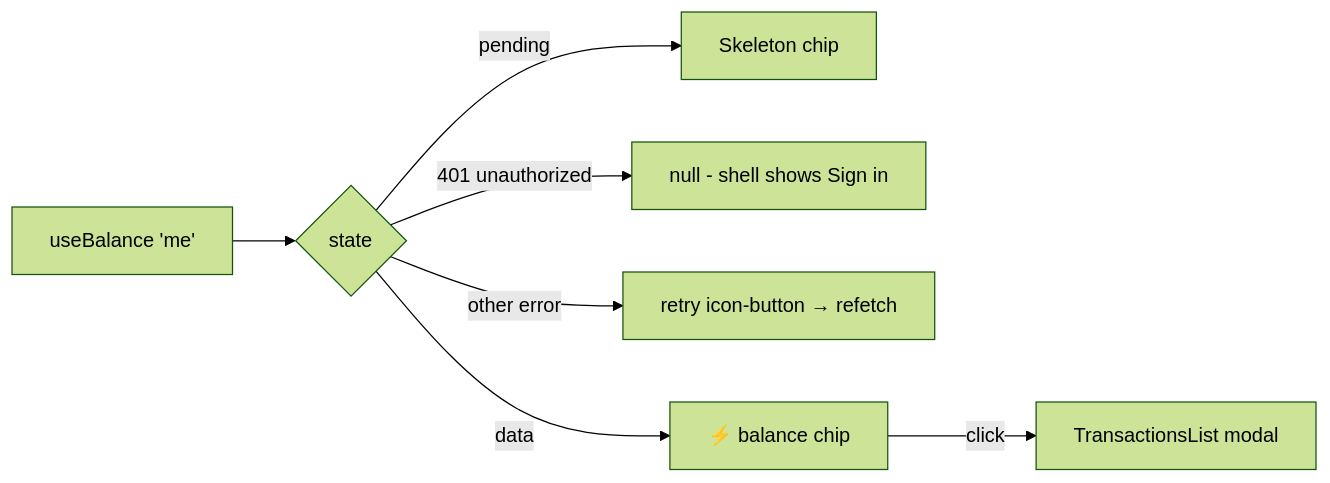
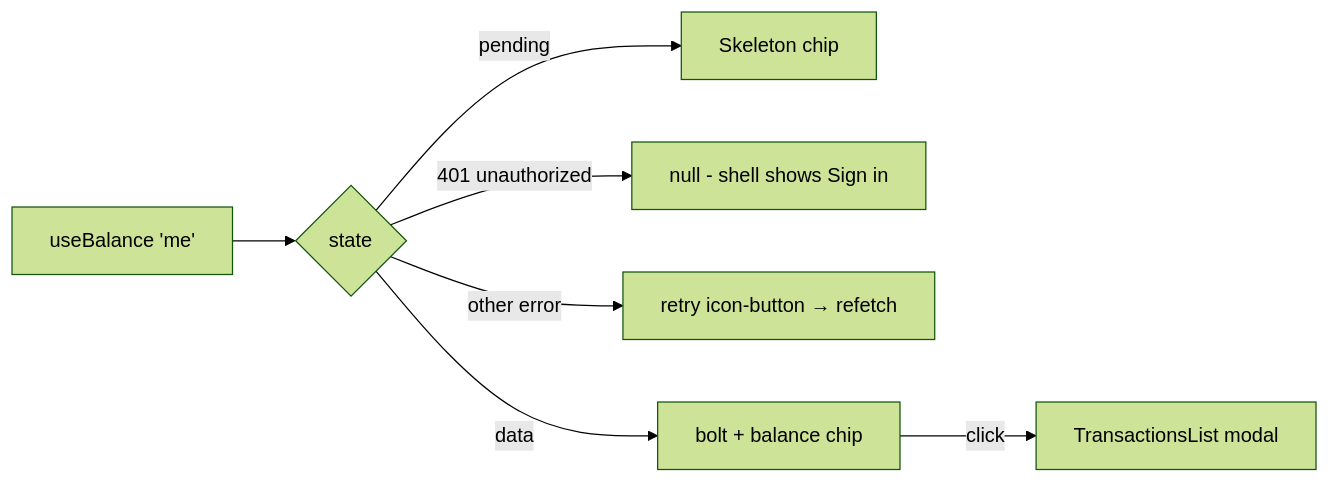
The diagram in apps/web/src/modules/Credits/components/BalanceChip.tsx.md (AzamatRaimbekov2/openCreate), drawn with Mermaid (forest theme) before and after one commit. The commit also changed other lines of this file and 3 other files, not shown here.

````diff
--- a/apps/web/src/modules/Credits/components/BalanceChip.tsx.md
+++ b/apps/web/src/modules/Credits/components/BalanceChip.tsx.md
@@ -29,9 +29,9 @@
 ```mermaid
 flowchart LR
   UB[useBalance 'me'] --> ST{state}
   ST -->|pending| SK[Skeleton chip]
   ST -->|401 unauthorized| N[null - shell shows Sign in]
   ST -->|other error| RB[retry icon-button → refetch]
-  ST -->|data| CH[⚡ balance chip]
+  ST -->|data| CH[bolt + balance chip]
   CH -->|click| TL[TransactionsList modal]
 ```
````
